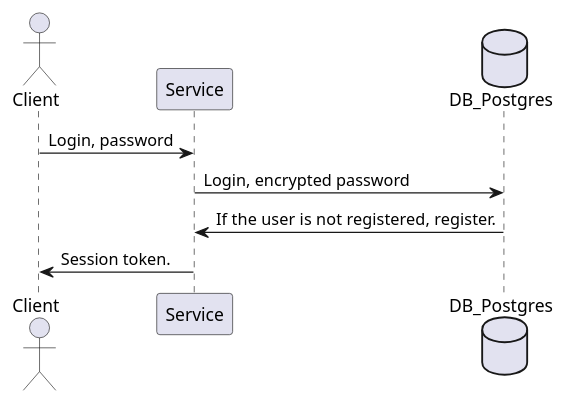
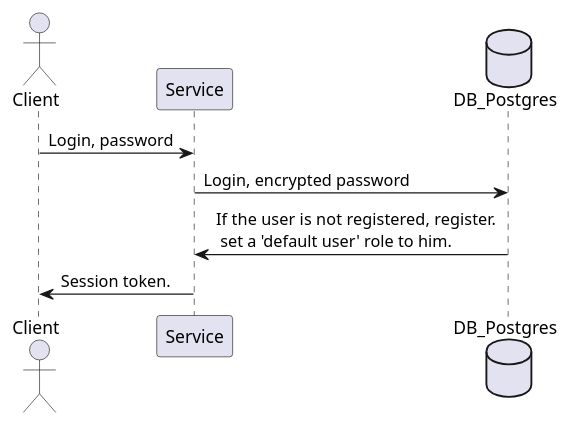
Before and after one commit to DeneesK/auth-service-flask: the diagram in doc/register_new_user.puml, drawn with PlantUML. The commit also changed 2 other files, not shown here.

```diff
--- a/doc/register_new_user.puml
+++ b/doc/register_new_user.puml
@@ -1,8 +1,8 @@
 @startuml
 actor Client
 Client -> Service: Login, password
 database DB_Postgres
 Service -> DB_Postgres: Login, encrypted password
-DB_Postgres -> Service: If the user is not registered, register.
+DB_Postgres -> Service: If the user is not registered, register. \n set a 'default user' role to him.
 Service -> Client: Session token.
 @enduml
```
